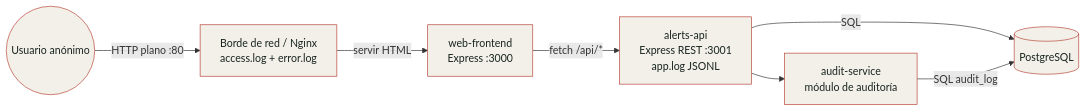
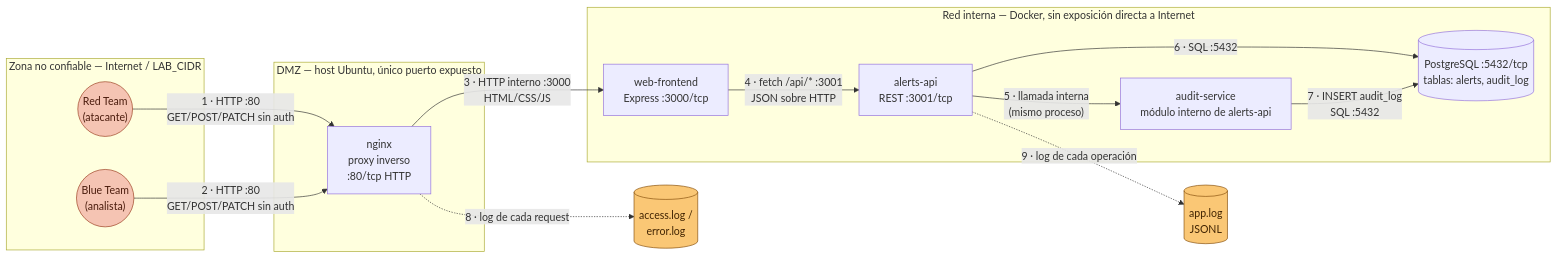
The diagram in diagrams/architecture.md (MissGomezzz/Security_Fundamentals_Lab3), drawn with Mermaid before and after one commit. The commit also changed other lines of this file and 1 other file, not shown here.

Commit message:
Adding more info

````diff
--- a/diagrams/architecture.md
+++ b/diagrams/architecture.md
@@ -3,12 +3,41 @@
 ```mermaid
 flowchart LR
-    user((Usuario anónimo)) -->|HTTP plano :80| edge["Borde de red / Nginx\naccess.log + error.log"]
-    edge -->|servir HTML| web["web-frontend\nExpress :3000"]
-    web -->|fetch /api/*| api["alerts-api\nExpress REST :3001\napp.log JSONL"]
-    api --> audit["audit-service\nmódulo de auditoría"]
-    api -->|SQL| db[(PostgreSQL)]
-    audit -->|SQL audit_log| db
+    %% ==== Actores ====
+    redteam(("Red Team\n(atacante)")):::actor
+    blueteam(("Blue Team\n(analista)")):::actor
 
-    classDef trust fill:#f2f0e9,stroke:#b64235,color:#18231f;
-    class user,edge,web,api,audit,db trust;
+    subgraph TB1["Zona no confiable — Internet / LAB_CIDR"]
+        redteam
+        blueteam
+    end
+
+    subgraph TB2["DMZ — host Ubuntu, único puerto expuesto"]
+        nginx["nginx\nproxy inverso\n:80/tcp HTTP"]
+    end
+
+    subgraph TB3["Red interna — Docker, sin exposición directa a Internet"]
+        web["web-frontend\nExpress :3000/tcp"]
+        api["alerts-api\nREST :3001/tcp"]
+        audit["audit-service\nmódulo interno de alerts-api"]
+        db[("PostgreSQL :5432/tcp\ntablas: alerts, audit_log")]
+    end
+
+    %% ==== Flujos de datos principales (numerados) ====
+    redteam  -->|"1 · HTTP :80\nGET/POST/PATCH sin auth"| nginx
+    blueteam -->|"2 · HTTP :80\nGET/POST/PATCH sin auth"| nginx
+    nginx    -->|"3 · HTTP interno :3000\nHTML/CSS/JS"| web
+    web      -->|"4 · fetch /api/* :3001\nJSON sobre HTTP"| api
+    api      -->|"5 · llamada interna\n(mismo proceso)"| audit
+    api      -->|"6 · SQL :5432"| db
+    audit    -->|"7 · INSERT audit_log\nSQL :5432"| db
+
+    %% ==== Puntos de generación de logs ====
+    accesslog[("access.log /\nerror.log")]:::logstore
+    applog[("app.log\nJSONL")]:::logstore
+
+    nginx -.->|"8 · log de cada request"| accesslog
+    api   -.->|"9 · log de cada operación"| applog
+
+    classDef actor fill:#F5C4B3,stroke:#993C1D,color:#4A1B0C;
+    classDef logstore fill:#FAC775,stroke:#854F0B,color:#412402;
 ```
````
